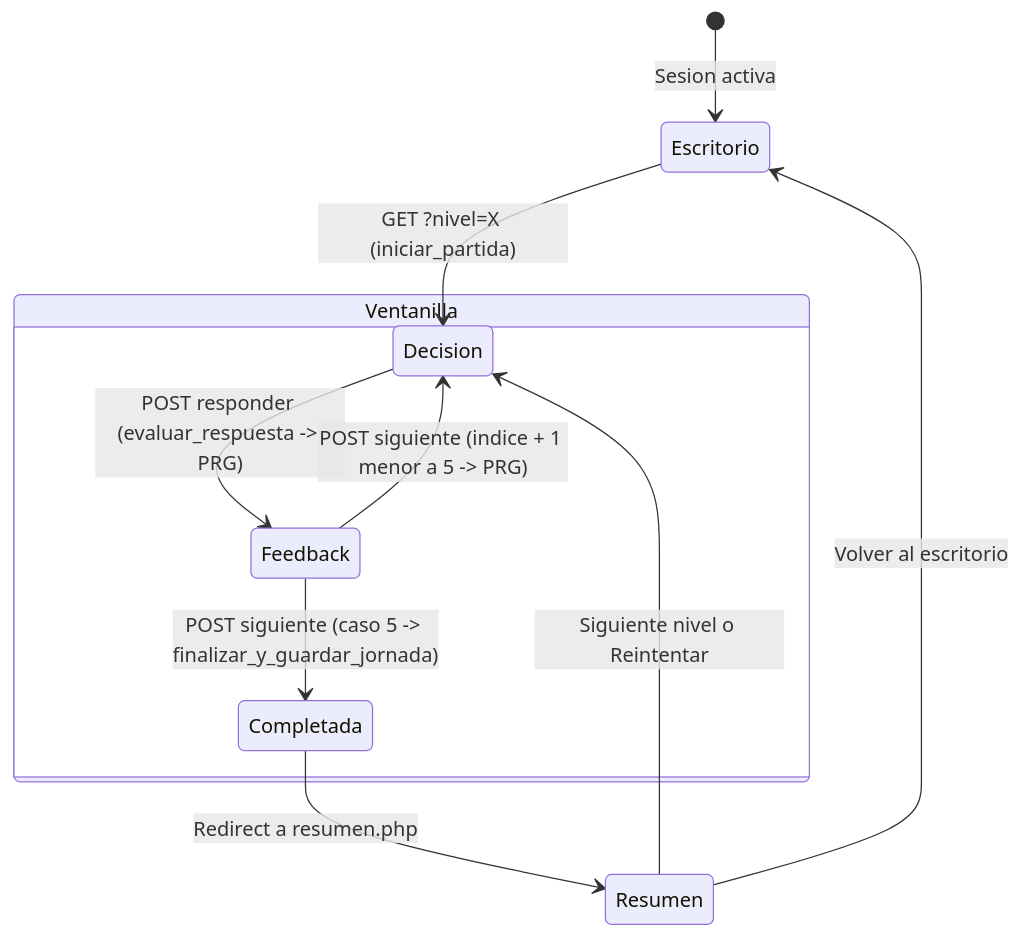
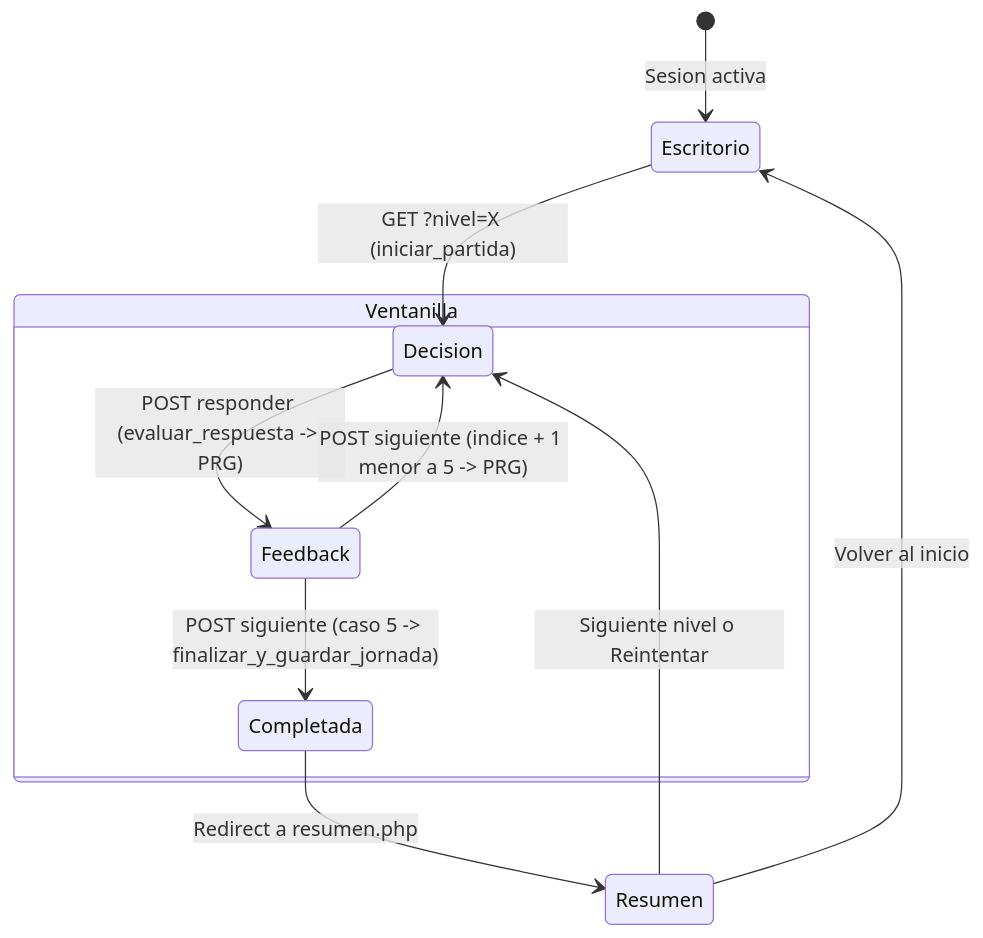
One commit to Josuesitoio/jueguito-pingo changed the third of 3 diagrams in README.md. Above: the diagram before and after it, drawn with Mermaid. The commit also changed other lines of this file and 9 other files, not shown here.

````diff
--- a/README.md
+++ b/README.md
@@ -321,15 +320,15 @@
 ```mermaid
 stateDiagram-v2
     [*] --> Escritorio : Sesion activa
     Escritorio --> Decision : GET ?nivel=X (iniciar_partida)
 
     state Ventanilla {
         Decision --> Feedback : POST responder (evaluar_respuesta -> PRG)
         Feedback --> Decision : POST siguiente (indice + 1 menor a 5 -> PRG)
         Feedback --> Completada : POST siguiente (caso 5 -> finalizar_y_guardar_jornada)
     }
 
     Completada --> Resumen : Redirect a resumen.php
     Resumen --> Decision : Siguiente nivel o Reintentar
-    Resumen --> Escritorio : Volver al escritorio
+    Resumen --> Escritorio : Volver al inicio
 ```
````
